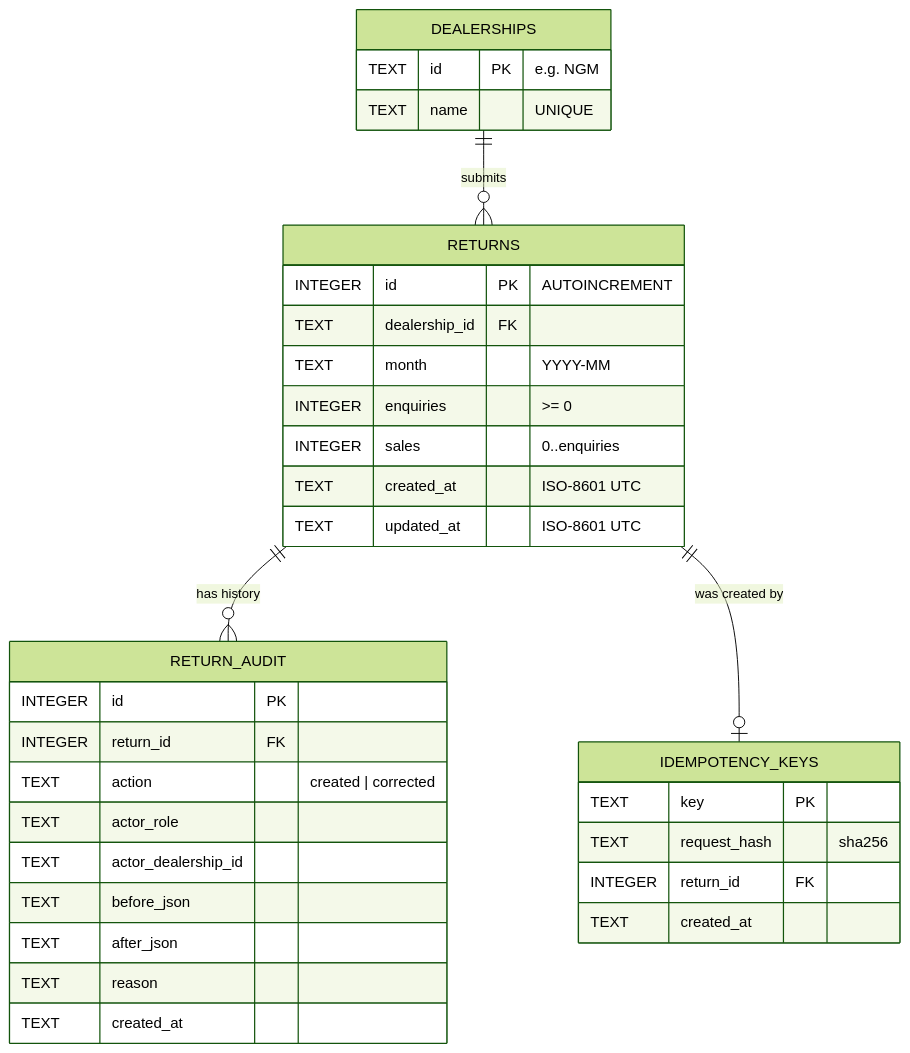
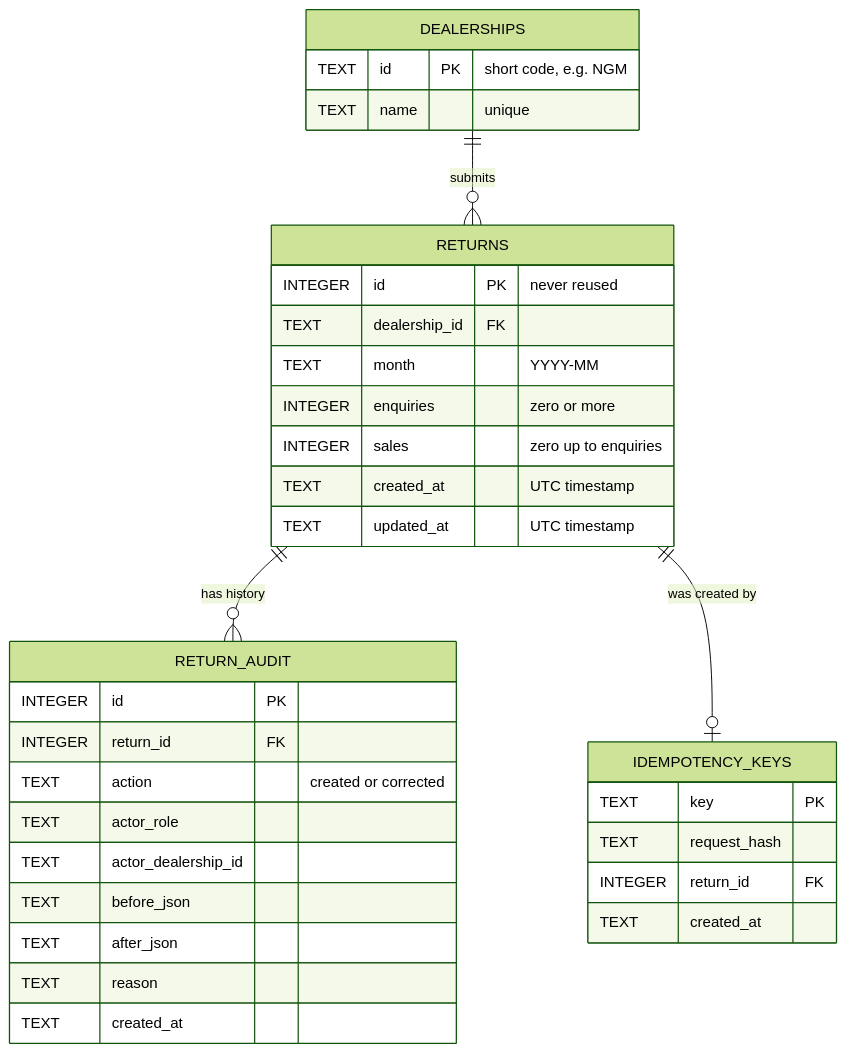
Before and after one commit to Jim247/dealership-project: the second of 6 diagrams in docs/backend-rundown.md, drawn with Mermaid (forest theme). The commit also changed other lines of this file and 1 other file, not shown here.

````diff
--- a/docs/backend-rundown.md
+++ b/docs/backend-rundown.md
@@ -68,36 +120,36 @@
 ```mermaid
 erDiagram
     DEALERSHIPS ||--o{ RETURNS : "submits"
     RETURNS ||--o{ RETURN_AUDIT : "has history"
     RETURNS ||--o| IDEMPOTENCY_KEYS : "was created by"
     DEALERSHIPS {
-        TEXT id PK "e.g. NGM"
-        TEXT name "UNIQUE"
+        TEXT id PK "short code, e.g. NGM"
+        TEXT name "unique"
     }
     RETURNS {
-        INTEGER id PK "AUTOINCREMENT"
+        INTEGER id PK "never reused"
         TEXT dealership_id FK
         TEXT month "YYYY-MM"
-        INTEGER enquiries ">= 0"
-        INTEGER sales "0..enquiries"
-        TEXT created_at "ISO-8601 UTC"
-        TEXT updated_at "ISO-8601 UTC"
+        INTEGER enquiries "zero or more"
+        INTEGER sales "zero up to enquiries"
+        TEXT created_at "UTC timestamp"
+        TEXT updated_at "UTC timestamp"
     }
     RETURN_AUDIT {
         INTEGER id PK
         INTEGER return_id FK
-        TEXT action "created | corrected"
+        TEXT action "created or corrected"
         TEXT actor_role
         TEXT actor_dealership_id
         TEXT before_json
         TEXT after_json
         TEXT reason
         TEXT created_at
     }
     IDEMPOTENCY_KEYS {
         TEXT key PK
-        TEXT request_hash "sha256"
+        TEXT request_hash
         INTEGER return_id FK
         TEXT created_at
     }
 ```
````
